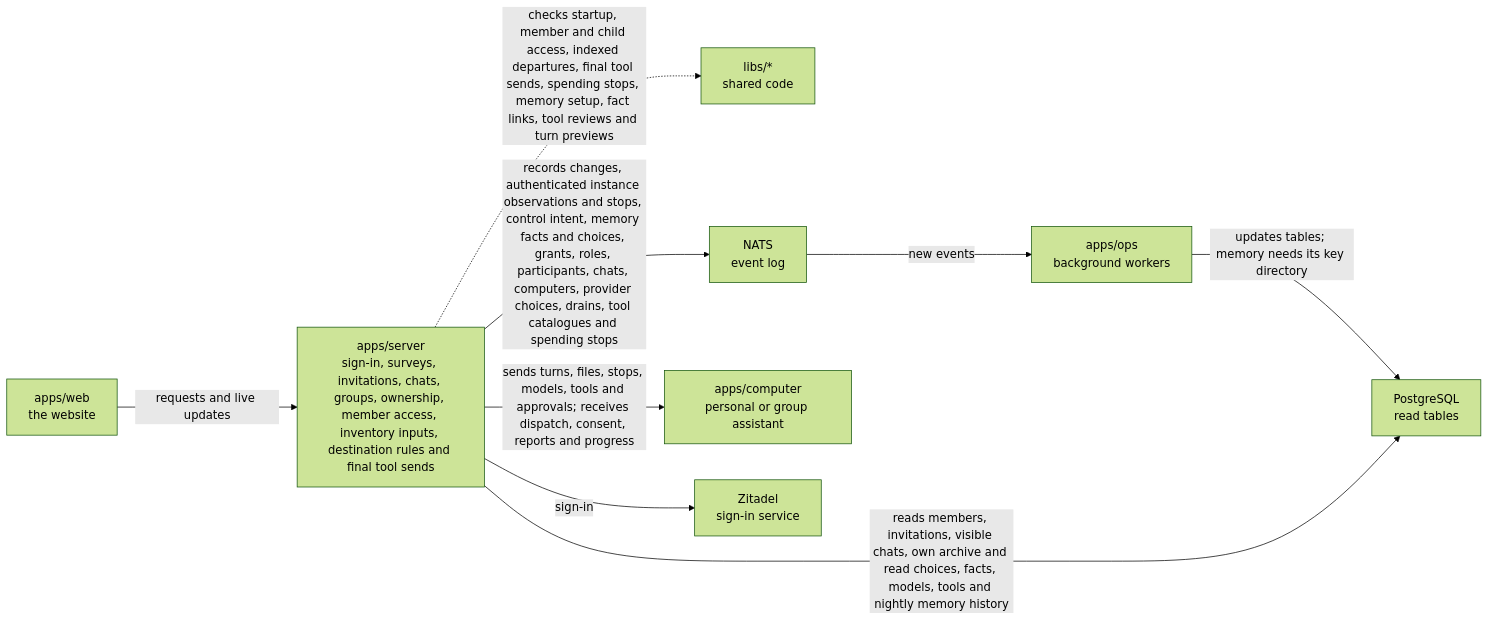
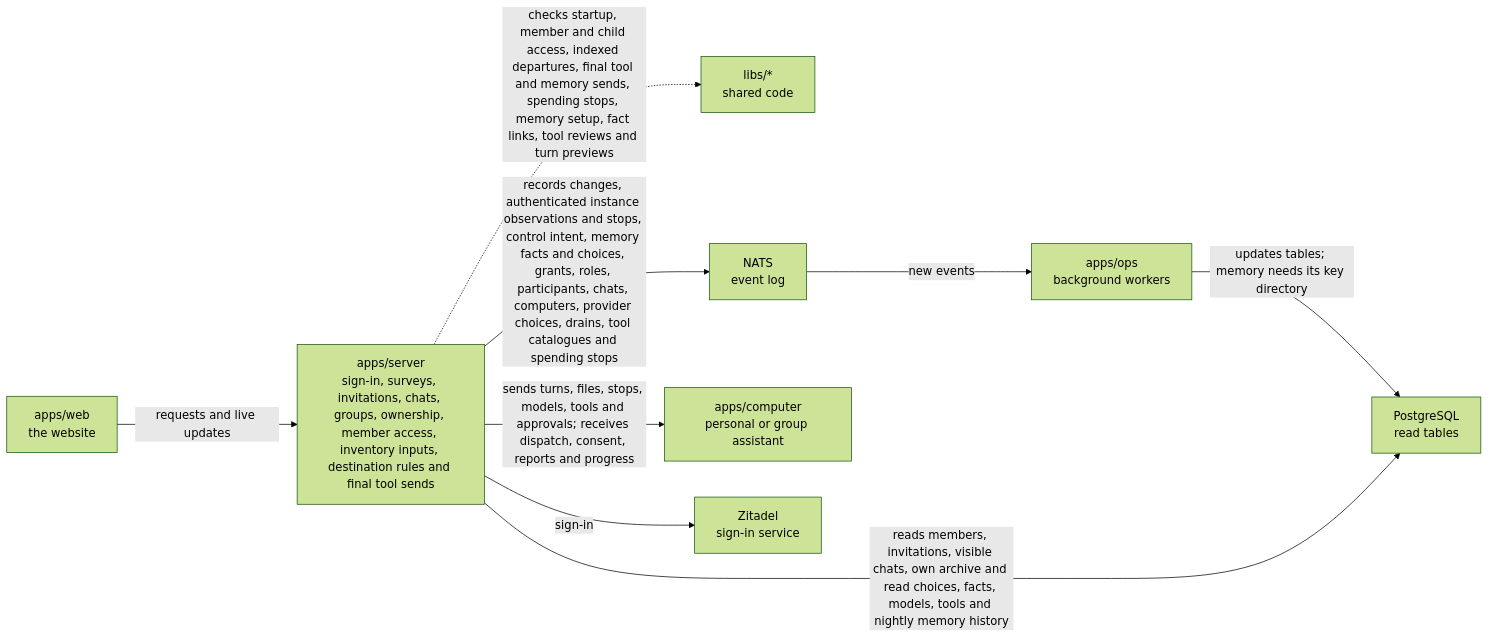
The diagram in apps/server/README.md (elewa-git/opencrane-new), drawn with Mermaid (forest theme) before and after one commit. The commit also changed other lines of this file and 17 other files, not shown here.

Commit message:
🔒 Send memory calls through shared dispatch and consume signed contexts once

````diff
--- a/apps/server/README.md
+++ b/apps/server/README.md
@@ -11,11 +11,11 @@
 ```mermaid
 flowchart LR
   web["apps/web<br/>the website"] -->|requests and live updates| server["apps/server<br/>sign-in, surveys, invitations, chats, groups, ownership, member access, inventory inputs, destination rules and final tool sends"]
-  server -.->|checks startup, member and child access, indexed departures, final tool sends, spending stops, memory setup, fact links, tool reviews and turn previews| libs["libs/*<br/>shared code"]
+  server -.->|checks startup, member and child access, indexed departures, final tool and memory sends, spending stops, memory setup, fact links, tool reviews and turn previews| libs["libs/*<br/>shared code"]
   server -->|records changes, authenticated instance observations and stops, control intent, memory facts and choices, grants, roles, participants, chats, computers, provider choices, drains, tool catalogues and spending stops| nats["NATS<br/>event log"]
   nats -->|new events| ops["apps/ops<br/>background workers"]
   ops -->|updates tables; memory needs its key directory| postgres["PostgreSQL<br/>read tables"]
   server -->|reads members, invitations, visible chats, own archive and read choices, facts, models, tools and nightly memory history| postgres
   server -->|sends turns, files, stops, models, tools and approvals; receives dispatch, consent, reports and progress| computer["apps/computer<br/>personal or group assistant"]
   server -->|sign-in| zitadel["Zitadel<br/>sign-in service"]
 ```
````
